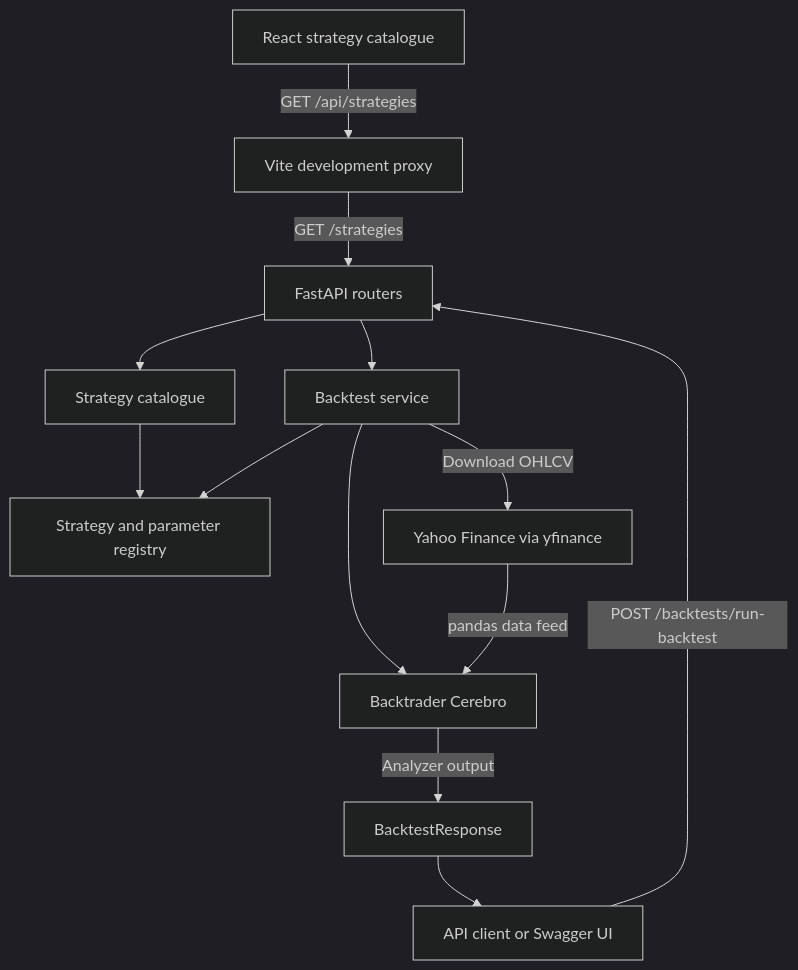
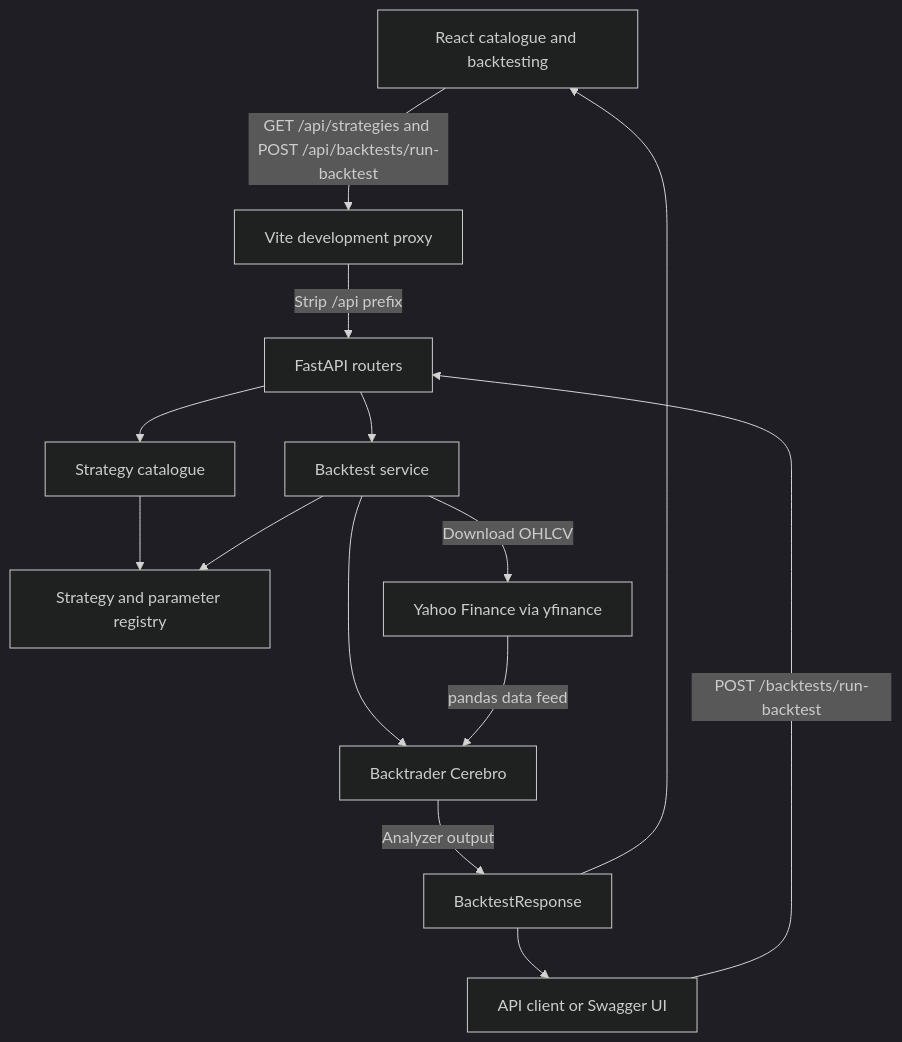
The diagram in docs/architecture.md (IvanVenkov712/Hypothiq), drawn with Mermaid (dark theme) before and after one commit. The commit also changed other lines of this file and 13 other files, not shown here.

````diff
--- a/docs/architecture.md
+++ b/docs/architecture.md
@@ -17,15 +18,16 @@
 ```mermaid
 flowchart TD
-    UI[React strategy catalogue] -->|GET /api/strategies| Proxy[Vite development proxy]
-    Proxy -->|GET /strategies| API[FastAPI routers]
+    UI[React catalogue and backtesting] -->|GET /api/strategies and POST /api/backtests/run-backtest| Proxy[Vite development proxy]
+    Proxy -->|Strip /api prefix| API[FastAPI routers]
     Caller[API client or Swagger UI] -->|POST /backtests/run-backtest| API
     API --> Catalog[Strategy catalogue]
     Catalog --> Registry[Strategy and parameter registry]
     API --> Service[Backtest service]
     Service --> Registry
     Service -->|Download OHLCV| Yahoo[Yahoo Finance via yfinance]
     Service --> Engine[Backtrader Cerebro]
     Yahoo -->|pandas data feed| Engine
     Engine -->|Analyzer output| Metrics[BacktestResponse]
     Metrics --> Caller
+    Metrics --> UI
 ```
````
